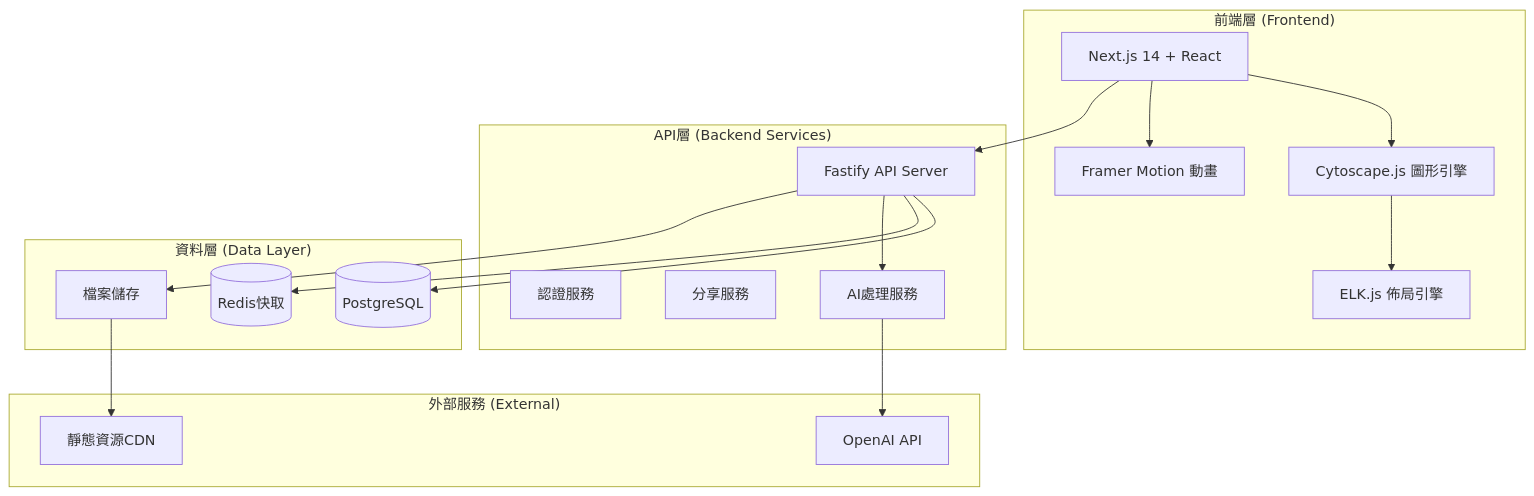
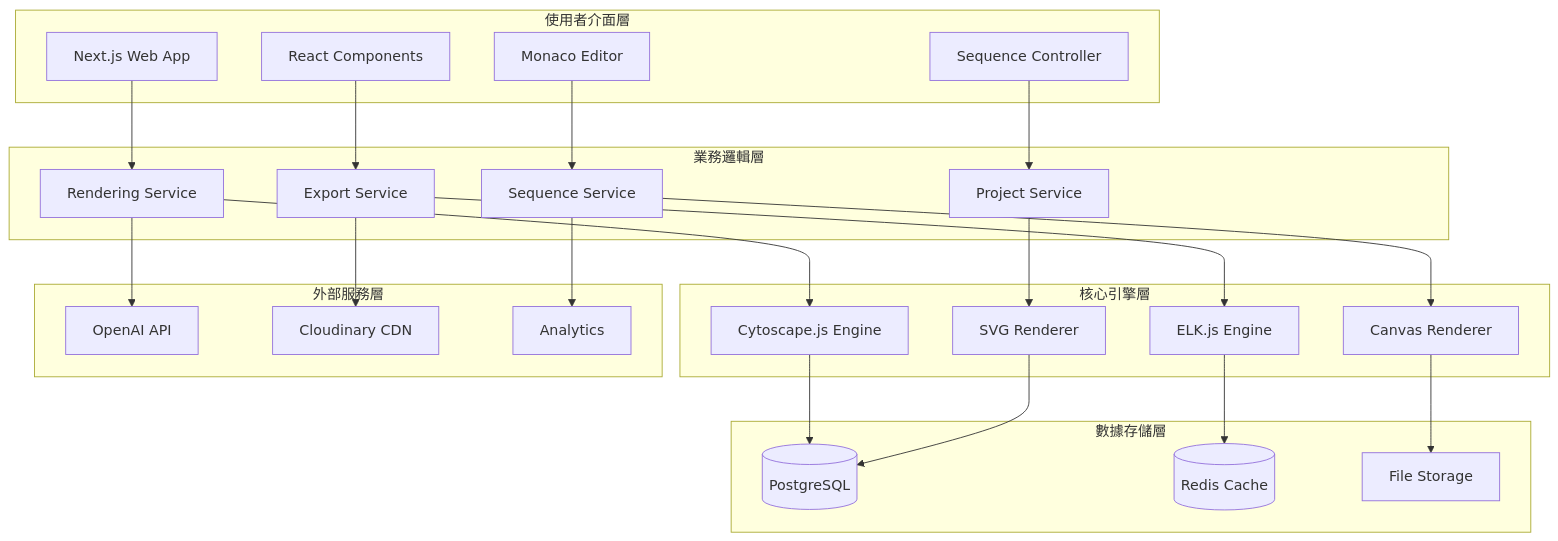
The diagram in docs/architecture.md (Yippine/Mermaid-Render), drawn with Mermaid before and after one commit. The commit also changed other lines of this file and 34 other files, not shown here.

````diff
--- a/docs/architecture.md
+++ b/docs/architecture.md
@@ -5,38 +38,54 @@
 ```mermaid
 graph TB
-    subgraph "前端層 (Frontend)"
-        UI[Next.js 14 + React]
-        Graph[Cytoscape.js 圖形引擎]
-        Layout[ELK.js 佈局引擎]
-        Anim[Framer Motion 動畫]
+    subgraph "使用者介面層"
+        A[Next.js Web App]
+        B[React Components]
+        C[Monaco Editor]
+        D[Sequence Controller]
     end
     
-    subgraph "API層 (Backend Services)"
-        API[Fastify API Server]
-        Auth[認證服務]
-        Share[分享服務]
-        AI[AI處理服務]
+    subgraph "業務邏輯層"
+        E[Rendering Service]
+        F[Export Service]
+        G[Sequence Service]
+        H[Project Service]
     end
     
-    subgraph "資料層 (Data Layer)"
-        DB[(PostgreSQL)]
-        Cache[(Redis快取)]
-        Files[檔案儲存]
+    subgraph "核心引擎層"
+        I[Cytoscape.js Engine]
+        J[ELK.js Engine]
+        K[Canvas Renderer]
+        L[SVG Renderer]
     end
     
-    subgraph "外部服務 (External)"
-        OpenAI[OpenAI API]
-        CDN[靜態資源CDN]
+    subgraph "數據存儲層"
+        M[(PostgreSQL)]
+        N[(Redis Cache)]
+        O[File Storage]
     end
     
-    UI --> Graph
-    Graph --> Layout
-    UI --> Anim
-    UI --> API
-    API --> DB
-    API --> Cache
-    API --> AI
-    AI --> OpenAI
-    API --> Files
-    Files --> CDN
+    subgraph "外部服務層"
+        P[OpenAI API]
+        Q[Cloudinary CDN]
+        R[Analytics]
+    end
+    
+    A --> E
+    B --> F
+    C --> G
+    D --> H
+    
+    E --> I
+    F --> J
+    G --> K
+    H --> L
+    
+    I --> M
+    J --> N
+    K --> O
+    L --> M
+    
+    E --> P
+    F --> Q
+    G --> R
 ```
````
